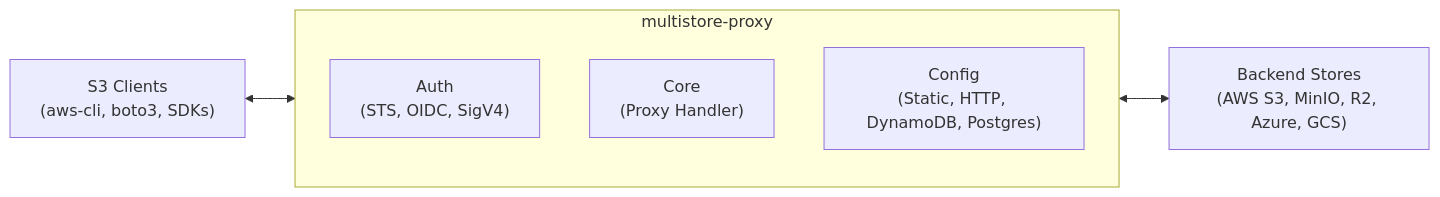
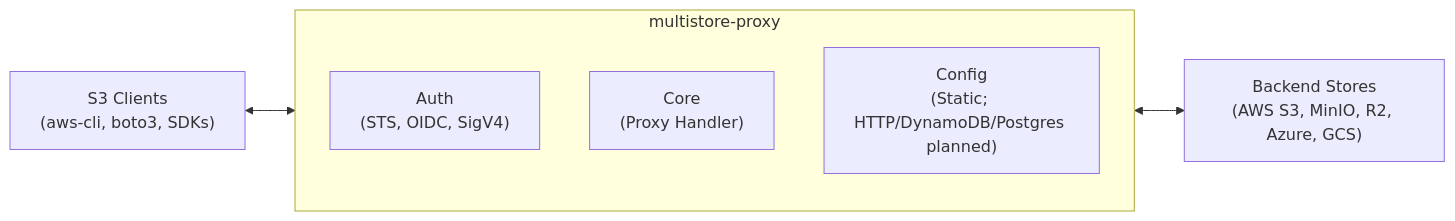
Before and after one commit to developmentseed/multistore: the diagram in docs/index.md, drawn with Mermaid. The commit also changed 21 other files, not shown here.

````diff
--- a/docs/index.md
+++ b/docs/index.md
@@ -42,15 +42,15 @@
 ```mermaid
 flowchart LR
     Clients["S3 Clients<br>(aws-cli, boto3, SDKs)"]
 
     subgraph Proxy["multistore-proxy"]
         Auth["Auth<br>(STS, OIDC, SigV4)"]
         Core["Core<br>(Proxy Handler)"]
-        Config["Config<br>(Static, HTTP, DynamoDB, Postgres)"]
+        Config["Config<br>(Static; HTTP/DynamoDB/Postgres planned)"]
     end
 
     Backend["Backend Stores<br>(AWS S3, MinIO, R2, Azure, GCS)"]
 
     Clients <--> Proxy
     Proxy <--> Backend
 ```
````
